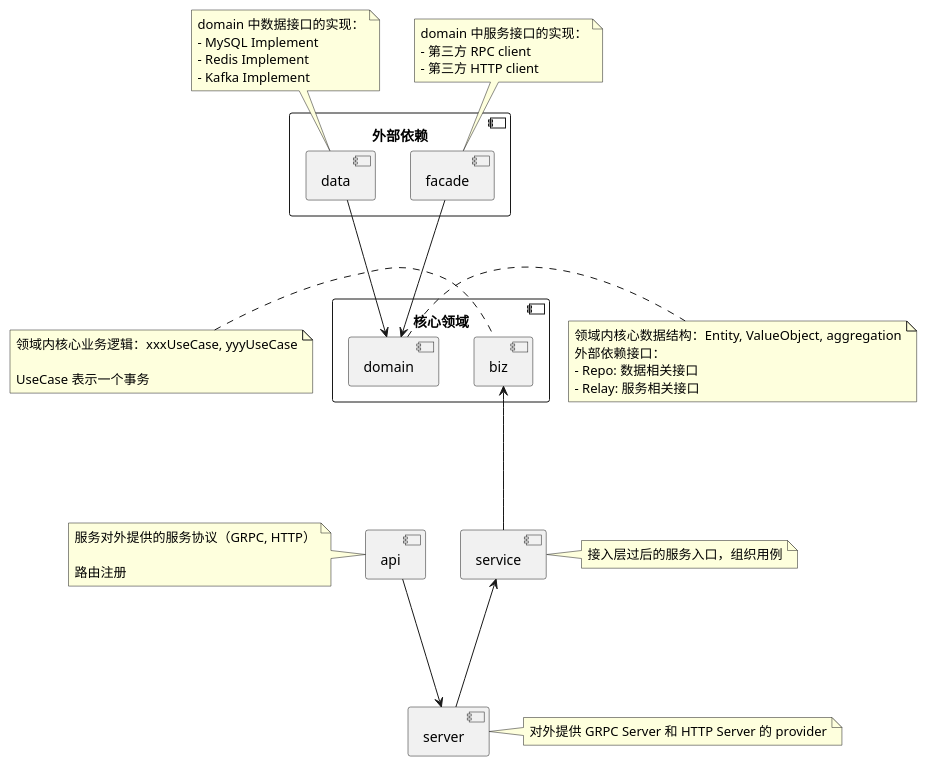
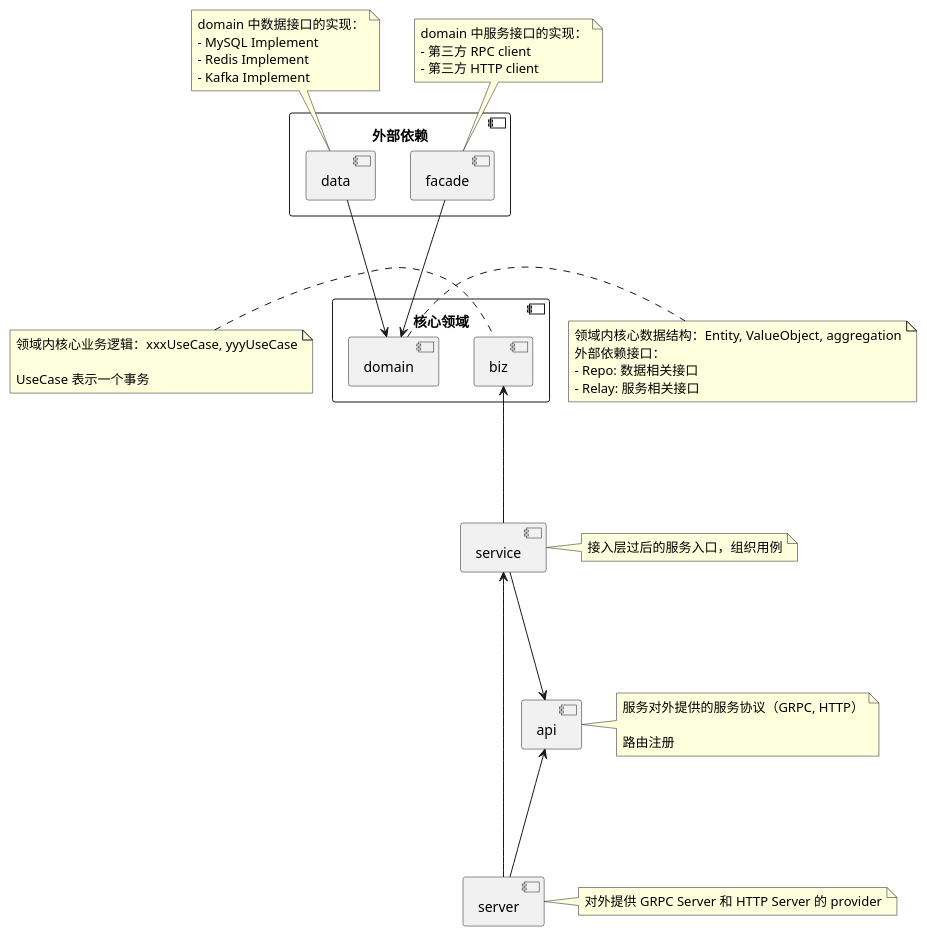
The diagram in kratos-core.puml (elbert-chan/kratos-layout), drawn with PlantUML before and after one commit. The commit also changed 1 other file, not shown here.

Commit message:
fix: 更正依赖关系图

```diff
--- a/kratos-core.puml
+++ b/kratos-core.puml
@@ -1,65 +1,67 @@
 @startuml
 'https://plantuml.com/component-diagram
 
 component "核心领域" {
   [biz]
   [domain]
 
 }
 
 note left of [biz]
   领域内核心业务逻辑：xxxUseCase, yyyUseCase
 
   UseCase 表示一个事务
 end note
 
 note right of [domain]
     领域内核心数据结构：Entity, ValueObject, aggregation
     外部依赖接口：
     - Repo: 数据相关接口
     - Relay: 服务相关接口
 end note
 
 component "外部依赖" {
     [data]
     [facade]
 }
 
 note top of [data]
     domain 中数据接口的实现：
     - MySQL Implement
     - Redis Implement
     - Kafka Implement
 end note
 
 note top of [facade]
     domain 中服务接口的实现：
     - 第三方 RPC client
     - 第三方 HTTP client
 end note
 
 
 component service
 note right of [service]
 接入层过后的服务入口，组织用例
 end note
 
 component server
 note right of [server]
     对外提供 GRPC Server 和 HTTP Server 的 provider
 end note
 
 component api
-note left of [api]
+note right of [api]
     服务对外提供的服务协议（GRPC, HTTP）
 
     路由注册
 end note
 
 [data] ---> [domain]
 [facade] ---> [domain]
 [biz] <--- [service]
-[api] ---> [server]
-[service]<---[server]
+[api] <--- [server]
+[service] ---> [api]
+[service] <--- [server]
+
 
 @enduml
```
